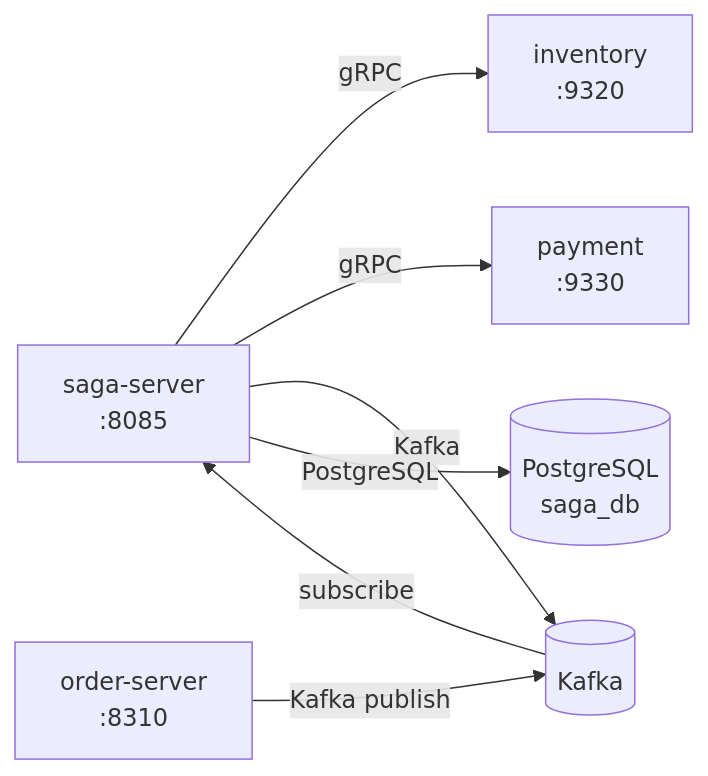
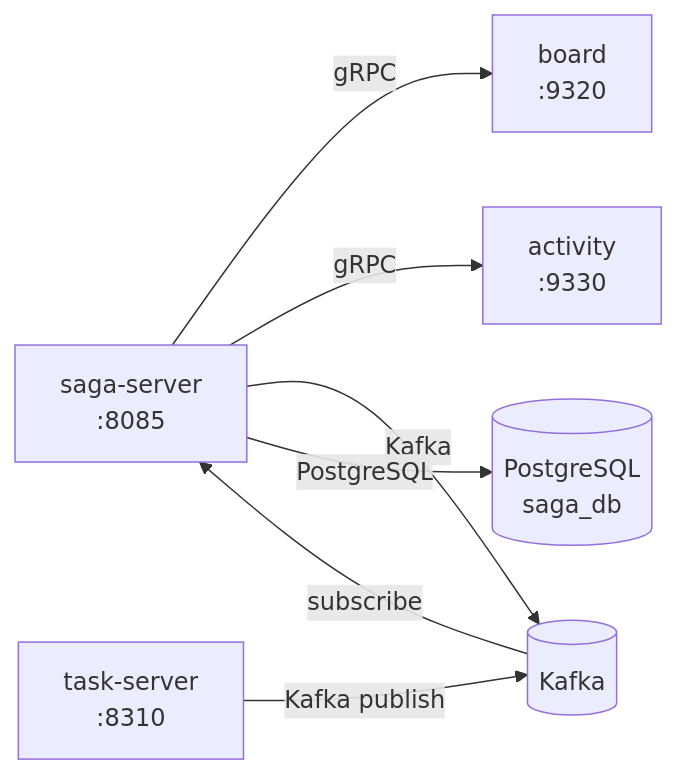
The second of 3 diagrams in docs/architecture/overview/サービス依存関係マップ.md (RyuheiKiso/k1s0), drawn with Mermaid before and after one commit. The commit also changed other lines of this file and 1477 other files, not shown here.

````diff
--- a/docs/architecture/overview/サービス依存関係マップ.md
+++ b/docs/architecture/overview/サービス依存関係マップ.md
@@ -109,10 +109,10 @@
 ```mermaid
 flowchart LR
-    SagaSvr[saga-server<br/>:8085] -->|gRPC| Inventory[inventory<br/>:9320]
-    SagaSvr -->|gRPC| Payment[payment<br/>:9330]
+    SagaSvr[saga-server<br/>:8085] -->|gRPC| Board[board<br/>:9320]
+    SagaSvr -->|gRPC| Activity[activity<br/>:9330]
     SagaSvr -->|Kafka| Kafka[(Kafka)]
     SagaSvr -->|PostgreSQL| SagaDB[(PostgreSQL<br/>saga_db)]
 
-    Order[order-server<br/>:8310] -->|Kafka publish| Kafka
+    Task[task-server<br/>:8310] -->|Kafka publish| Kafka
     Kafka -->|subscribe| SagaSvr
 ```
````
